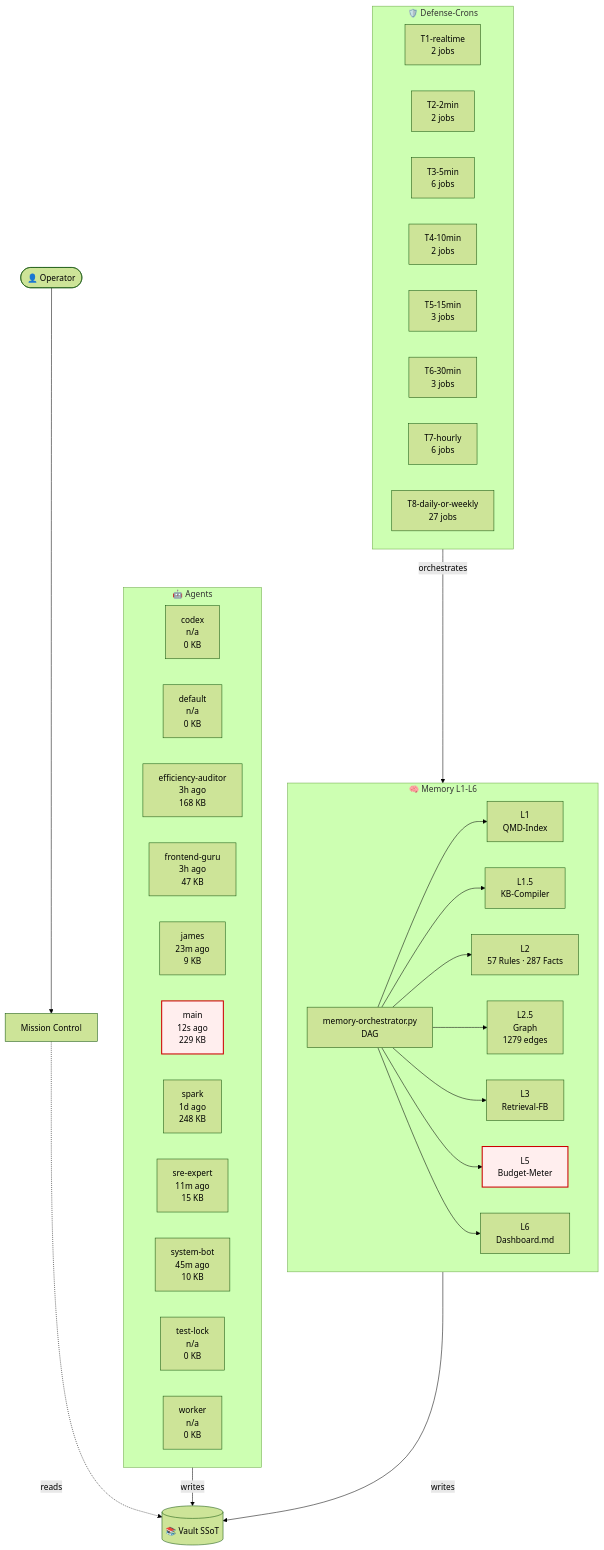
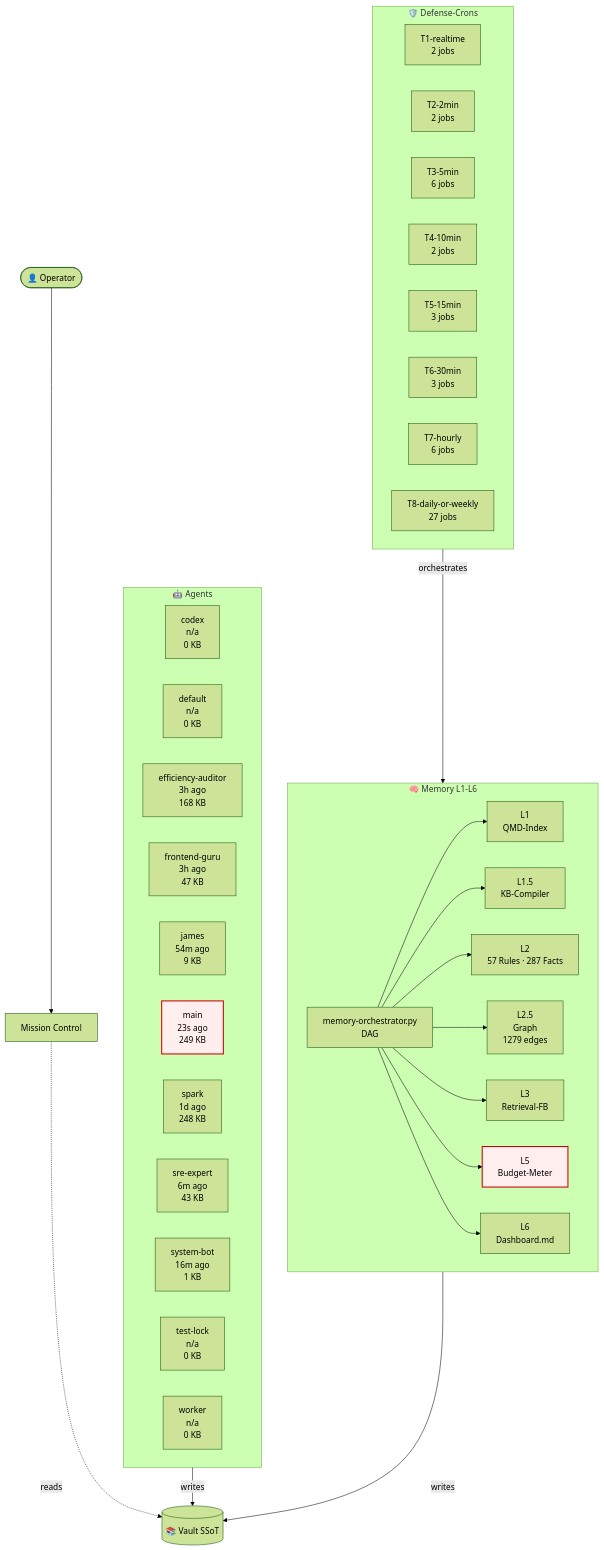
The diagram in 03-Agents/architecture-live.md (lenardhuebner88-rgb/openclaw-memory), drawn with Mermaid (forest theme) before and after one commit. The commit also changed other lines of this file and 16 other files, not shown here.

````diff
--- a/03-Agents/architecture-live.md
+++ b/03-Agents/architecture-live.md
@@ -18,54 +18,54 @@
 ```mermaid
 flowchart TB
     classDef critical fill:#fee,stroke:#c00,stroke-width:2px;
     subgraph AGT["🤖 Agents"]
         agent_codex["codex<br/>n/a<br/>0 KB"]
         agent_default["default<br/>n/a<br/>0 KB"]
         agent_efficiency_auditor["efficiency-auditor<br/>3h ago<br/>168 KB"]
         agent_frontend_guru["frontend-guru<br/>3h ago<br/>47 KB"]
-        agent_james["james<br/>23m ago<br/>9 KB"]
-        agent_main["main<br/>12s ago<br/>229 KB"]
+        agent_james["james<br/>54m ago<br/>9 KB"]
+        agent_main["main<br/>23s ago<br/>249 KB"]
         agent_spark["spark<br/>1d ago<br/>248 KB"]
-        agent_sre_expert["sre-expert<br/>11m ago<br/>15 KB"]
-        agent_system_bot["system-bot<br/>45m ago<br/>10 KB"]
+        agent_sre_expert["sre-expert<br/>6m ago<br/>43 KB"]
+        agent_system_bot["system-bot<br/>16m ago<br/>1 KB"]
         agent_test_lock["test-lock<br/>n/a<br/>0 KB"]
         agent_worker["worker<br/>n/a<br/>0 KB"]
     end
     subgraph MEM["🧠 Memory L1-L6"]
         L1["L1<br/>QMD-Index"]
         L15["L1.5<br/>KB-Compiler"]
         L2["L2<br/>57 Rules · 287 Facts"]
         L25["L2.5<br/>Graph<br/>1279 edges"]
         L3["L3<br/>Retrieval-FB"]
         L5["L5<br/>Budget-Meter"]
         L6["L6<br/>Dashboard.md"]
         ORCH["memory-orchestrator.py<br/>DAG"]
     end
     subgraph CRN["🛡️ Defense-Crons"]
         tier_T1_realtime["T1-realtime<br/>2 jobs"]
         tier_T2_2min["T2-2min<br/>2 jobs"]
         tier_T3_5min["T3-5min<br/>6 jobs"]
         tier_T4_10min["T4-10min<br/>2 jobs"]
         tier_T5_15min["T5-15min<br/>3 jobs"]
         tier_T6_30min["T6-30min<br/>3 jobs"]
         tier_T7_hourly["T7-hourly<br/>6 jobs"]
         tier_T8_daily_or_weekly["T8-daily-or-weekly<br/>27 jobs"]
     end
     VAULT[("📚 Vault SSoT")]
     OP([👤 Operator])
     MC["Mission Control"]
     OP --> MC
     MC -.reads.-> VAULT
     AGT -->|writes| VAULT
     MEM -->|writes| VAULT
     ORCH --> L1
     ORCH --> L15
     ORCH --> L2
     ORCH --> L25
     ORCH --> L3
     ORCH --> L5
     ORCH --> L6
     CRN -->|orchestrates| MEM
     class L5 critical
     class agent_main critical
 ```
````
